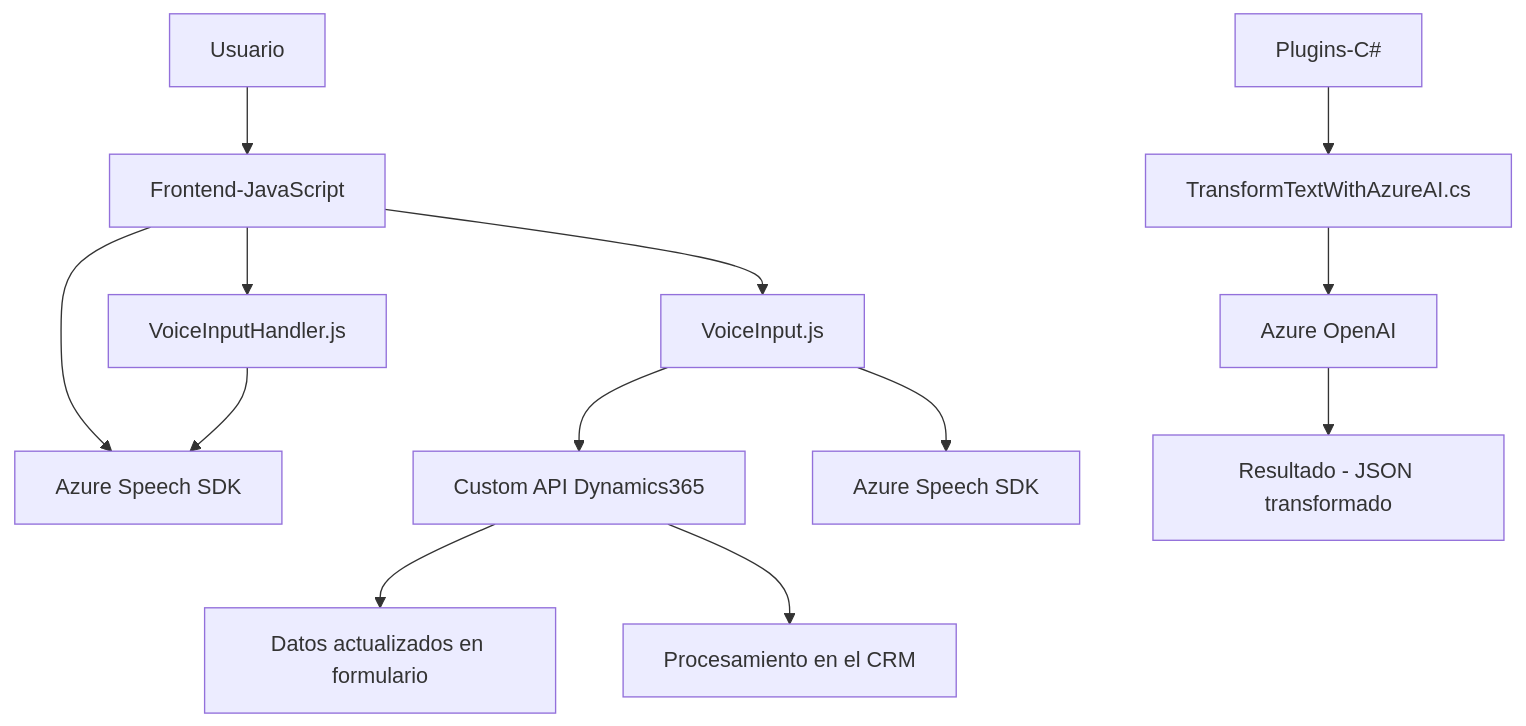
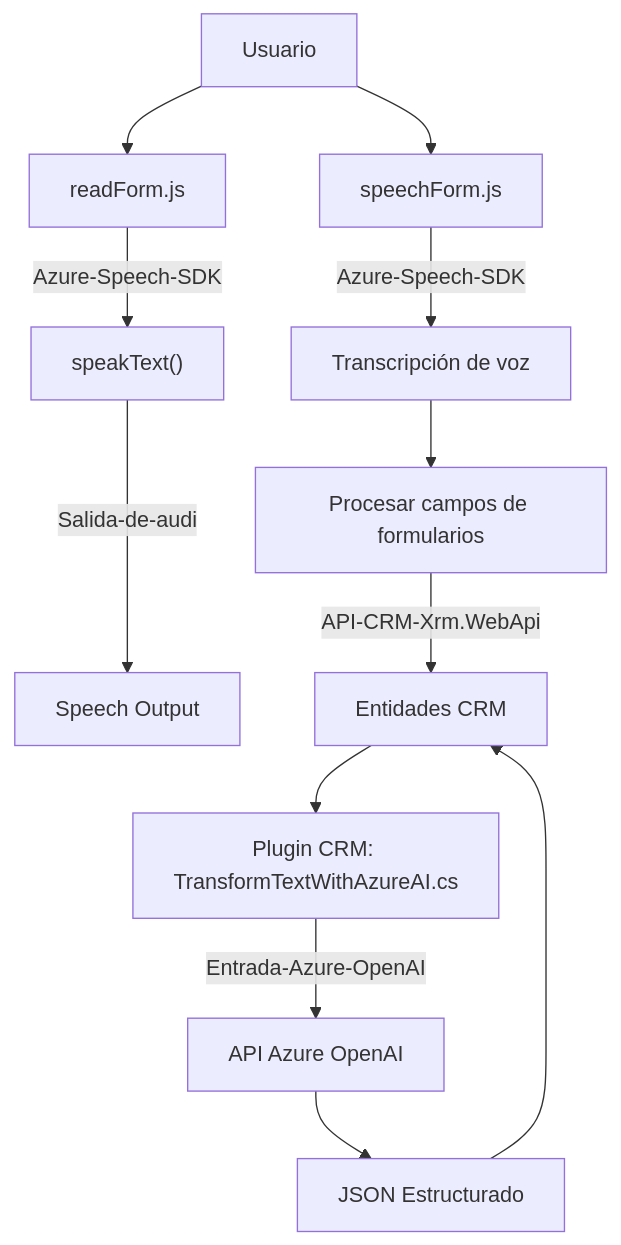
One commit to blopezdm/NETCORE_BILBAO2025 changed the diagram in README.md. Above: the diagram before and after it, drawn with Mermaid. The commit also changed other lines of this file, not shown here.

````diff
--- a/README.md
+++ b/README.md
@@ -47,15 +36,16 @@
 ```mermaid
 graph TD
-  A["Usuario"] --> B["Frontend-JavaScript"]
-  B --> C["VoiceInputHandler.js"]
-  B --> D["VoiceInput.js"]
-  B --> E["Azure Speech SDK"]
-  C --> E
-  D --> F["Custom API Dynamics365"]
-  D --> G["Azure Speech SDK"]
-  F --> H["Datos actualizados en formulario"]
-  I["Plugins-C#"] --> J["TransformTextWithAzureAI.cs"]
-  J --> K["Azure OpenAI"]
-  K --> L["Resultado - JSON transformado"]
-  F --> M["Procesamiento en el CRM"]
+  A["Usuario"] --> B["readForm.js"]
+  B["readForm.js"] --Azure-Speech-SDK--> C["speakText()"]
+  C --Salida-de-audio--> D["Speech Output"]
+
+  A --> E["speechForm.js"]
+  E --Azure-Speech-SDK--> F["Transcripción de voz"]
+  F --> G["Procesar campos de formularios"]
+  G --API-CRM-Xrm.WebApi--> H["Entidades CRM"]
+
+  H --> I["Plugin CRM: TransformTextWithAzureAI.cs"]
+  I --Entrada-Azure-OpenAI--> J["API Azure OpenAI"]
+  J --> K["JSON Estructurado"]
+  K --> H
 ```
````
